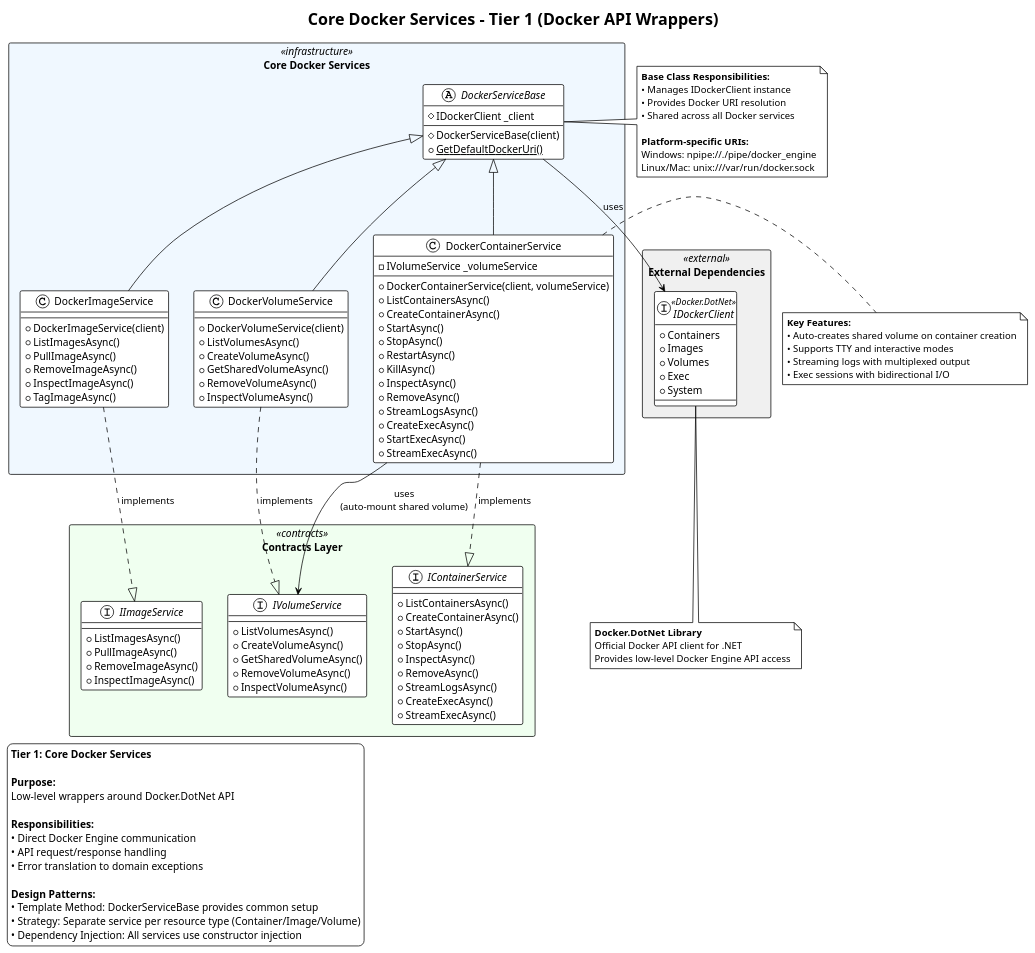
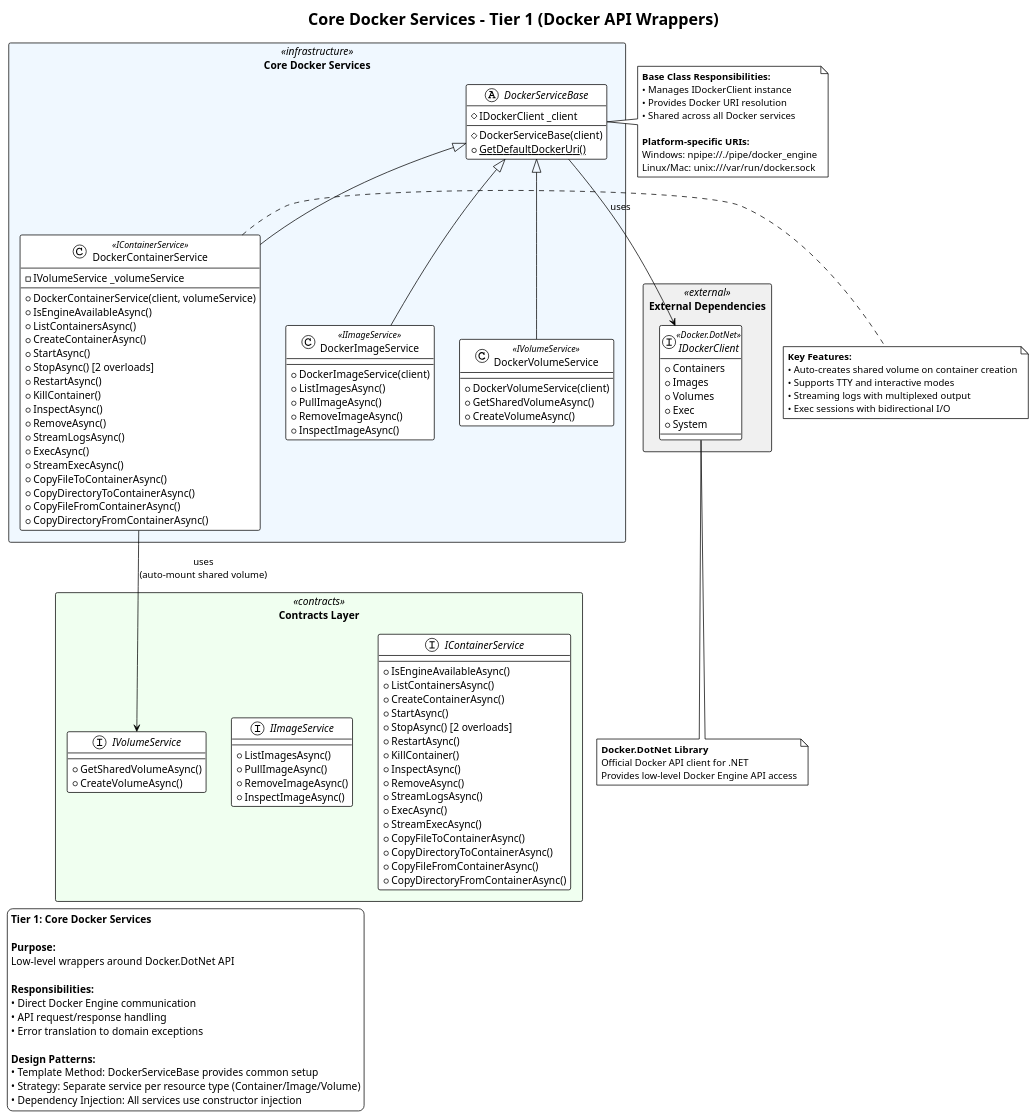
The diagram in docs/architecture/detailed/service-tiers/Tier-1-Core-Docker-Services.wsd (ReflexLevel0/DockerBuildboxSystem), drawn with PlantUML before and after one commit. The commit also changed 7 other files, not shown here.

```diff
--- a/docs/architecture/detailed/service-tiers/Tier-1-Core-Docker-Services.wsd
+++ b/docs/architecture/detailed/service-tiers/Tier-1-Core-Docker-Services.wsd
@@ -1,161 +1,161 @@
 @startuml Core Docker Services
 !theme plain
 skinparam componentStyle rectangle
 skinparam packageStyle rectangle
 
 title Core Docker Services - Tier 1 (Docker API Wrappers)
 
 ' ====================================================================
 ' EXTERNAL DEPENDENCIES
 ' ====================================================================
 package "External Dependencies" <<external>> #F0F0F0 {
     interface IDockerClient <<Docker.DotNet>> {
         + Containers
         + Images
         + Volumes
         + Exec
         + System
     }
 }
 
 ' ====================================================================
 ' CONTRACTS
 ' ====================================================================
 package "Contracts Layer" <<contracts>> #Honeydew {
     interface IContainerService {
+        + IsEngineAvailableAsync()
         + ListContainersAsync()
         + CreateContainerAsync()
         + StartAsync()
-        + StopAsync()
+        + StopAsync() [2 overloads]
+        + RestartAsync()
+        + KillContainer()
         + InspectAsync()
         + RemoveAsync()
         + StreamLogsAsync()
-        + CreateExecAsync()
+        + ExecAsync()
         + StreamExecAsync()
+        + CopyFileToContainerAsync()
+        + CopyDirectoryToContainerAsync()
+        + CopyFileFromContainerAsync()
+        + CopyDirectoryFromContainerAsync()
     }
 
     interface IImageService {
         + ListImagesAsync()
         + PullImageAsync()
         + RemoveImageAsync()
         + InspectImageAsync()
     }
 
     interface IVolumeService {
-        + ListVolumesAsync()
+        + GetSharedVolumeAsync()
         + CreateVolumeAsync()
-        + GetSharedVolumeAsync()
-        + RemoveVolumeAsync()
-        + InspectVolumeAsync()
     }
 }
 
 ' ====================================================================
 ' IMPLEMENTATIONS
 ' ====================================================================
 package "Core Docker Services" <<infrastructure>> #AliceBlue {
     abstract DockerServiceBase {
         # IDockerClient _client
         # DockerServiceBase(client)
         + {static} GetDefaultDockerUri()
     }
 
-    class DockerContainerService {
+    class DockerContainerService <<IContainerService>> {
         - IVolumeService _volumeService
         + DockerContainerService(client, volumeService)
+        + IsEngineAvailableAsync()
         + ListContainersAsync()
         + CreateContainerAsync()
         + StartAsync()
-        + StopAsync()
+        + StopAsync() [2 overloads]
         + RestartAsync()
-        + KillAsync()
+        + KillContainer()
         + InspectAsync()
         + RemoveAsync()
         + StreamLogsAsync()
-        + CreateExecAsync()
-        + StartExecAsync()
+        + ExecAsync()
         + StreamExecAsync()
+        + CopyFileToContainerAsync()
+        + CopyDirectoryToContainerAsync()
+        + CopyFileFromContainerAsync()
+        + CopyDirectoryFromContainerAsync()
     }
 
-    class DockerImageService {
+    class DockerImageService <<IImageService>> {
         + DockerImageService(client)
         + ListImagesAsync()
         + PullImageAsync()
         + RemoveImageAsync()
         + InspectImageAsync()
-        + TagImageAsync()
     }
 
-    class DockerVolumeService {
+    class DockerVolumeService <<IVolumeService>> {
         + DockerVolumeService(client)
-        + ListVolumesAsync()
+        + GetSharedVolumeAsync()
         + CreateVolumeAsync()
-        + GetSharedVolumeAsync()
-        + RemoveVolumeAsync()
-        + InspectVolumeAsync()
     }
 
     DockerServiceBase <|-- DockerContainerService
     DockerServiceBase <|-- DockerImageService
     DockerServiceBase <|-- DockerVolumeService
 }
 
 ' ====================================================================
 ' RELATIONSHIPS
 ' ====================================================================
 DockerServiceBase --> IDockerClient : uses
-DockerContainerService ..|> IContainerService : implements
-DockerImageService ..|> IImageService : implements
-DockerVolumeService ..|> IVolumeService : implements
-
 DockerContainerService --> IVolumeService : uses\n(auto-mount shared volume)
 
 ' ====================================================================
 ' NOTES
 ' ====================================================================
 note right of DockerServiceBase
     <b>Base Class Responsibilities:</b>
     • Manages IDockerClient instance
     • Provides Docker URI resolution
     • Shared across all Docker services
 
     <b>Platform-specific URIs:</b>
     Windows: npipe://./pipe/docker_engine
     Linux/Mac: unix:///var/run/docker.sock
 end note
 
 note right of DockerContainerService
     <b>Key Features:</b>
     • Auto-creates shared volume on container creation
     • Supports TTY and interactive modes
     • Streaming logs with multiplexed output
     • Exec sessions with bidirectional I/O
 end note
 
 note bottom of IDockerClient
     <b>Docker.DotNet Library</b>
     Official Docker API client for .NET
     Provides low-level Docker Engine API access
 end note
 
 ' ====================================================================
 ' LEGEND
 ' ====================================================================
 legend bottom left
     <b>Tier 1: Core Docker Services</b>
 
     <b>Purpose:</b>
     Low-level wrappers around Docker.DotNet API
 
     <b>Responsibilities:</b>
     • Direct Docker Engine communication
     • API request/response handling
     • Error translation to domain exceptions
 
     <b>Design Patterns:</b>
     • Template Method: DockerServiceBase provides common setup
     • Strategy: Separate service per resource type (Container/Image/Volume)
     • Dependency Injection: All services use constructor injection
 end legend
 
 @enduml
```
